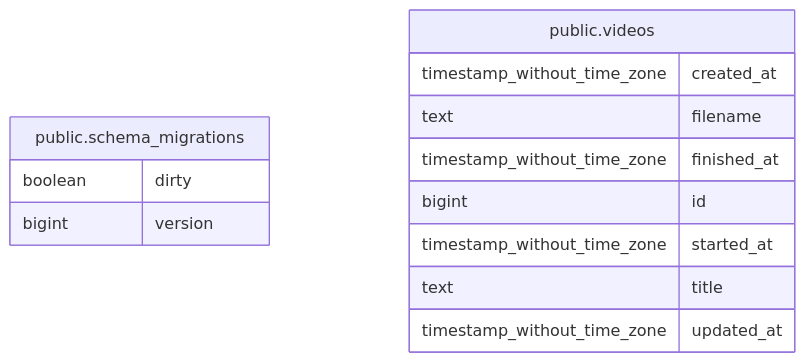
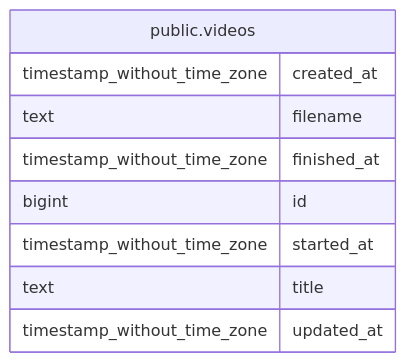
Before and after one commit to kijimad/tv: the diagram in backend/docs/db/README.md, drawn with Mermaid. The commit also changed other lines of this file and 8 other files, not shown here.

````diff
--- a/backend/docs/db/README.md
+++ b/backend/docs/db/README.md
@@ -12,18 +11,14 @@
 ```mermaid
 erDiagram
 
 
-"public.schema_migrations" {
-  boolean dirty
-  bigint version
-}
 "public.videos" {
   timestamp_without_time_zone created_at
   text filename
   timestamp_without_time_zone finished_at
   bigint id
   timestamp_without_time_zone started_at
   text title
   timestamp_without_time_zone updated_at
 }
 ```
````
